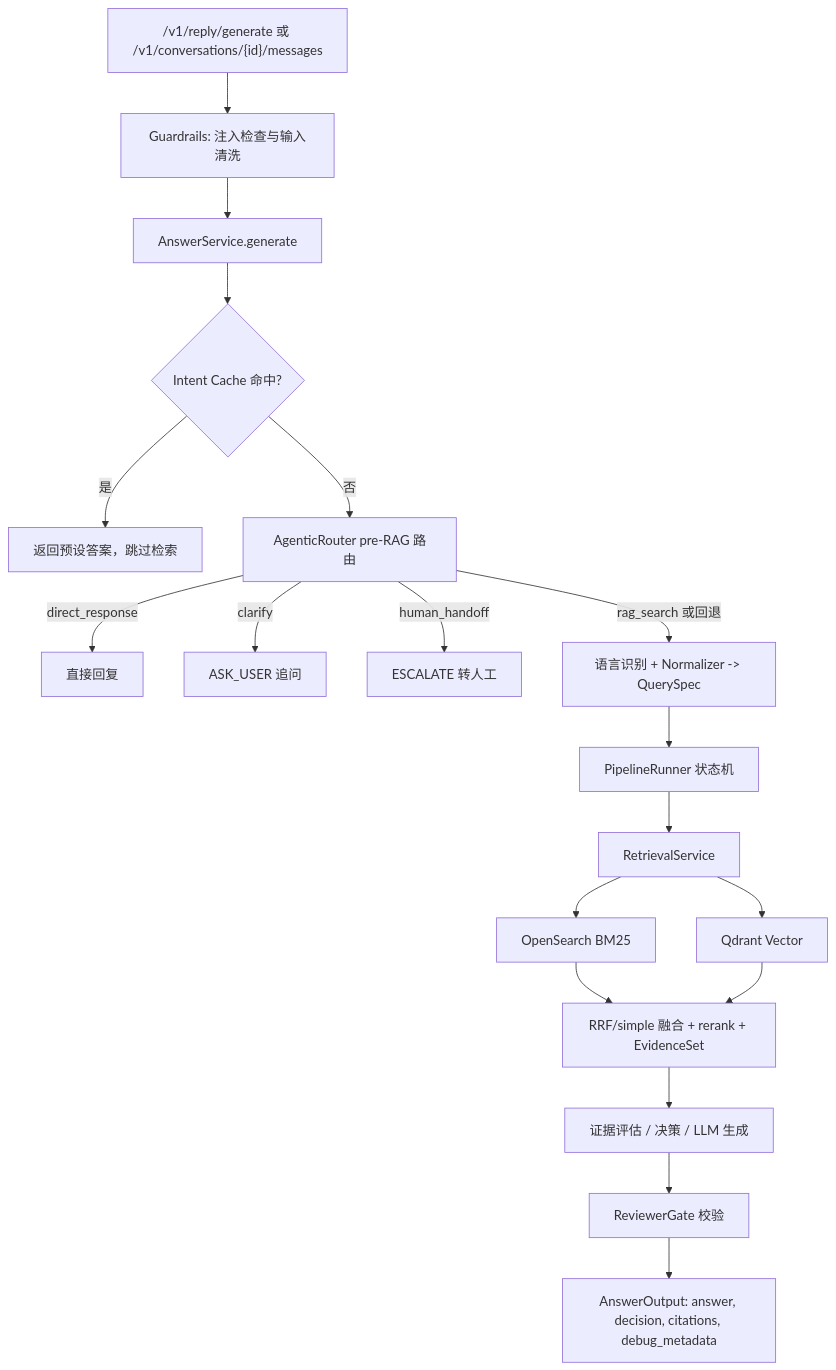
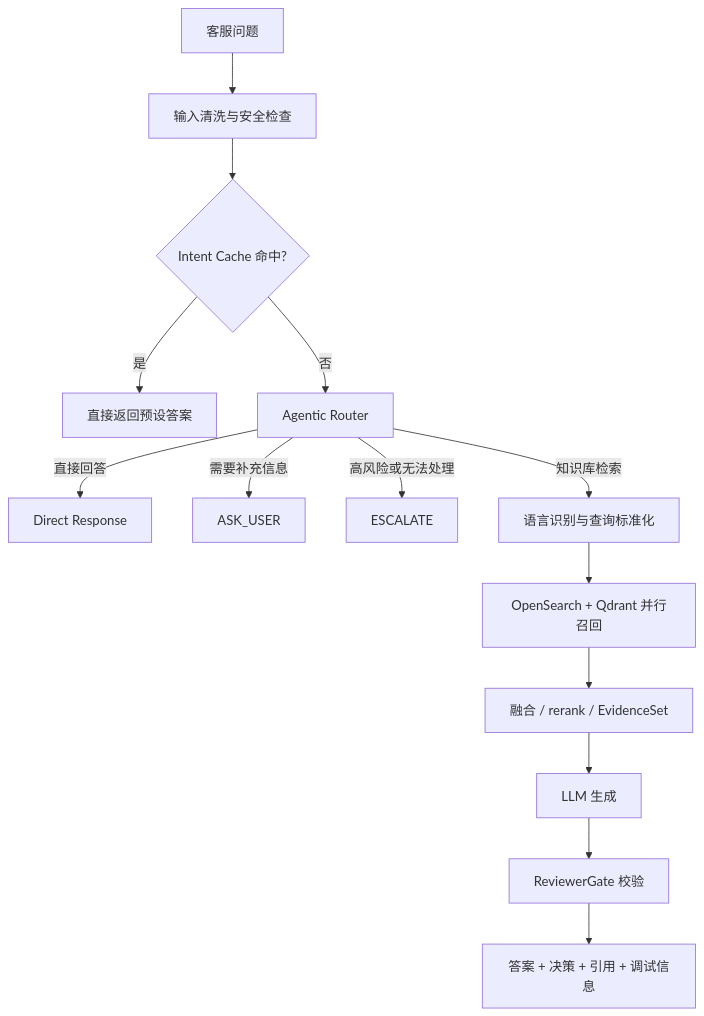
The second of 3 diagrams in README.md (rwjxrj/RAG_Agent), drawn with Mermaid before and after one commit. The commit also changed other lines of this file, not shown here.

````diff
--- a/README.md
+++ b/README.md
@@ -88,21 +149,16 @@
 ```mermaid
 flowchart TD
-  A["/v1/reply/generate 或 /v1/conversations/{id}/messages"] --> B["Guardrails: 注入检查与输入清洗"]
-  B --> C["AnswerService.generate"]
-  C --> D{"Intent Cache 命中?"}
-  D -->|是| E["返回预设答案，跳过检索"]
-  D -->|否| F["AgenticRouter pre-RAG 路由"]
-  F -->|direct_response| G["直接回复"]
-  F -->|clarify| H["ASK_USER 追问"]
-  F -->|human_handoff| I["ESCALATE 转人工"]
-  F -->|rag_search 或回退| J["语言识别 + Normalizer -> QuerySpec"]
-  J --> K["PipelineRunner 状态机"]
-  K --> L["RetrievalService"]
-  L --> M["OpenSearch BM25"]
-  L --> N["Qdrant Vector"]
-  M --> O["RRF/simple 融合 + rerank + EvidenceSet"]
-  N --> O
-  O --> P["证据评估 / 决策 / LLM 生成"]
-  P --> Q["ReviewerGate 校验"]
-  Q --> R["AnswerOutput: answer, decision, citations, debug_metadata"]
+  A["客服问题"] --> B["输入清洗与安全检查"]
+  B --> C{"Intent Cache 命中?"}
+  C -->|是| D["直接返回预设答案"]
+  C -->|否| E["Agentic Router"]
+  E -->|直接回答| F["Direct Response"]
+  E -->|需要补充信息| G["ASK_USER"]
+  E -->|高风险或无法处理| H["ESCALATE"]
+  E -->|知识库检索| I["语言识别与查询标准化"]
+  I --> J["OpenSearch + Qdrant 并行召回"]
+  J --> K["融合 / rerank / EvidenceSet"]
+  K --> L["LLM 生成"]
+  L --> M["ReviewerGate 校验"]
+  M --> N["答案 + 决策 + 引用 + 调试信息"]
 ```
````
